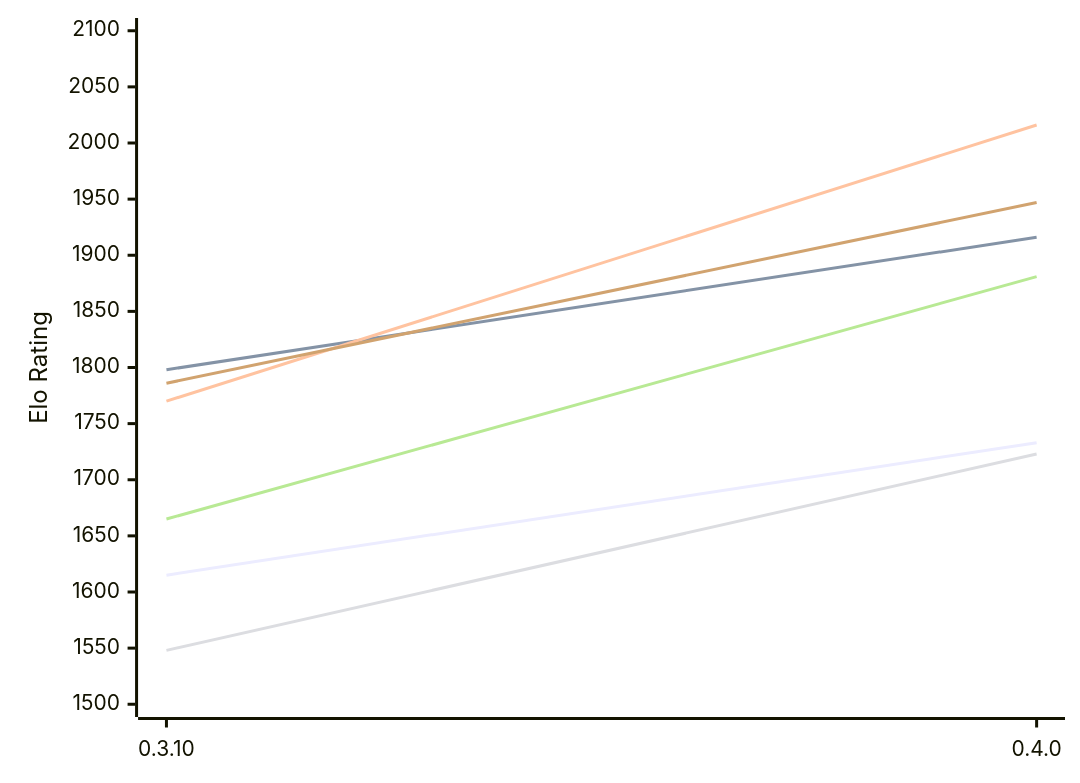
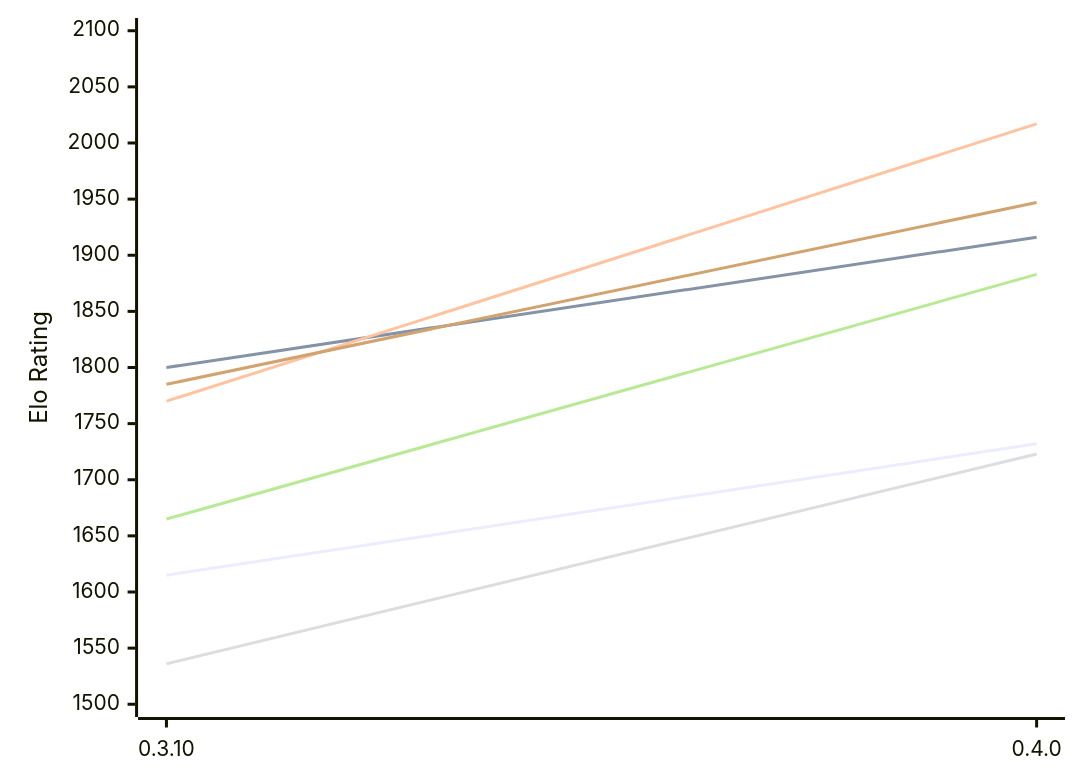
The first of 2 diagrams in engines/Arche.md (computer-chess-index/cci), drawn with Mermaid before and after one commit. The commit also changed other lines of this file, not shown here.

Commit message:
Update CCI Ratings (ELO VLTC) - 2026-11-20

````diff
--- a/engines/Arche.md
+++ b/engines/Arche.md
@@ -53,12 +53,12 @@
 ```mermaid
 %%{init: {"theme":"base","themeVariables":{"seriesColors:['#a3a3a3','#222221','#faa371']}}}%%
 xychart-beta
   x-axis ["0.3.10", "0.4.0"]
   y-axis "Elo Rating" 1500 --> 2100
-  line "E1: STC (8.0+0.08s)" [1615, 1733]
-  line "E1: LTC (60.0+0.60s)" [1798, 1916]
-  line "E1: VLTC (2m24s+1.12s)" [1770, 2016]
-  line "P1: STC (8.0+0.08s)" [1548, 1723]
-  line "P1: LTC (60.0+0.60s)" [1665, 1881]
-  line "P1: VLTC (2m24s+1.12s)" [1786, 1947]
+  line "E1: STC (8.0+0.08s)" [1615, 1732]
+  line "E1: LTC (60.0+0.60s)" [1800, 1916]
+  line "E1: VLTC (2m24s+1.12s)" [1770, 2017]
+  line "P1: STC (8.0+0.08s)" [1536, 1723]
+  line "P1: LTC (60.0+0.60s)" [1665, 1883]
+  line "P1: VLTC (2m24s+1.12s)" [1785, 1947]
 ```
````
